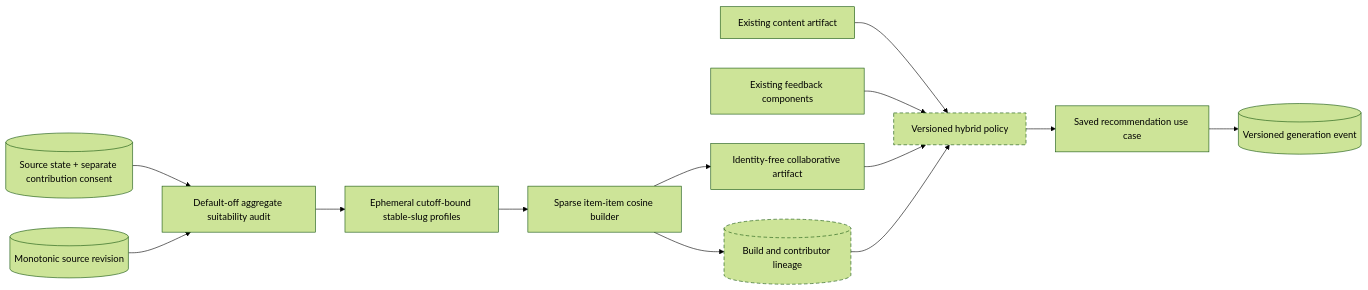
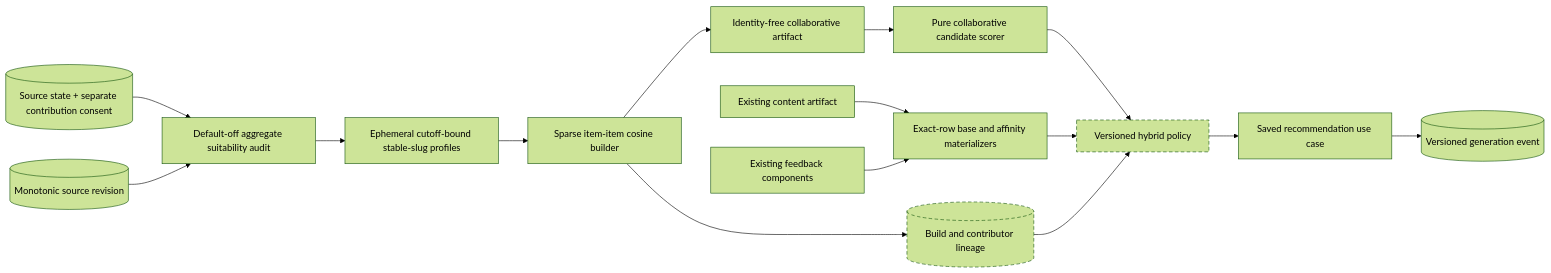
Before and after one commit to Khang206206/gamelens-ai: the fourth of 4 diagrams in docs/architecture.md, drawn with Mermaid (forest theme). The commit also changed other lines of this file and 11 other files, not shown here.

````diff
--- a/docs/architecture.md
+++ b/docs/architecture.md
@@ -142,30 +143,34 @@
 ```mermaid
 flowchart LR
     State[("Source state + separate contribution consent")]
     Revision[("Monotonic source revision")]
     Audit["Default-off aggregate suitability audit"]
     Snapshot["Ephemeral cutoff-bound stable-slug profiles"]
     Builder["Sparse item-item cosine builder"]
     CF["Identity-free collaborative artifact"]
+    Scorer["Pure collaborative candidate scorer"]
     Lineage[("Build and contributor lineage")]:::future
     Content["Existing content artifact"]
     Feedback["Existing feedback components"]
+    Materializers["Exact-row base and affinity materializers"]
     Hybrid["Versioned hybrid policy"]:::future
     API["Saved recommendation use case"]
     Event[("Versioned generation event")]
 
     State --> Audit
     Audit --> Snapshot
     Revision --> Audit
     Snapshot --> Builder
     Builder --> CF
     Builder --> Lineage
-    Content --> Hybrid
-    Feedback --> Hybrid
-    CF --> Hybrid
+    CF --> Scorer
+    Content --> Materializers
+    Feedback --> Materializers
+    Scorer --> Hybrid
+    Materializers --> Hybrid
     Lineage --> Hybrid
     Hybrid --> API
     API --> Event
 
     classDef future stroke-dasharray: 6 4
 ```
````
